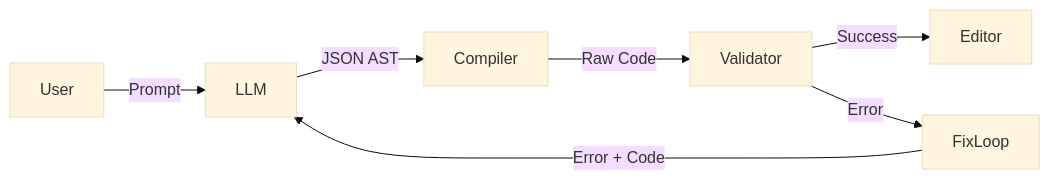
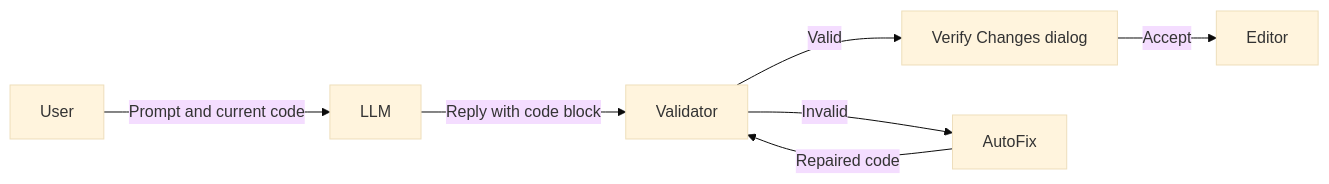
Before and after one commit to ongchonghian/universal-diagram-editor: diagram 13 of 14 in .qoder/repowiki/en/content/Advanced Features/Technical Implementations.md, drawn with Mermaid (base theme). The commit also changed other lines of this file and 7 other files, not shown here.

First line of the commit message:
refactor(smith): phase 0 - current default model, remove dead AST path

````diff
--- a/.qoder/repowiki/en/content/Advanced Features/Technical Implementations.md
+++ b/.qoder/repowiki/en/content/Advanced Features/Technical Implementations.md
@@ -444,9 +444,9 @@
 ```mermaid
 graph LR
-User -->|Prompt| LLM
-LLM -->|JSON AST| Compiler
-Compiler -->|Raw Code| Validator
-Validator -->|Success| Editor
-Validator -->|Error| FixLoop
-FixLoop -->|Error + Code| LLM
+User -->|Prompt and current code| LLM
+LLM -->|Reply with code block| Validator
+Validator -->|Valid| Review[Verify Changes dialog]
+Validator -->|Invalid| AutoFix
+AutoFix -->|Repaired code| Validator
+Review -->|Accept| Editor
 ```
````
